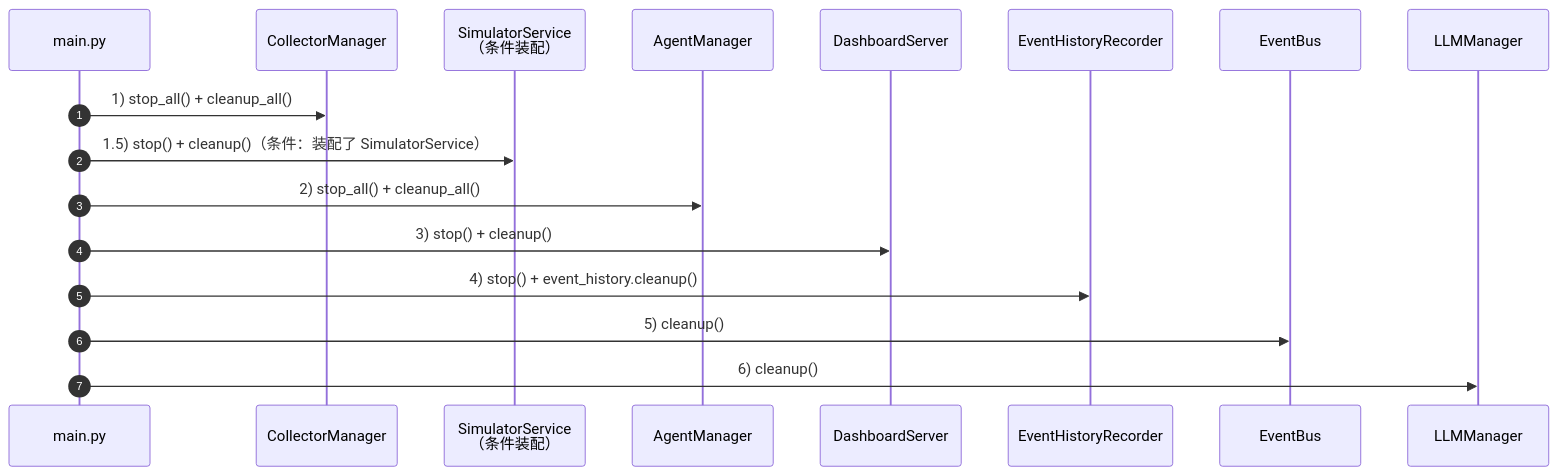
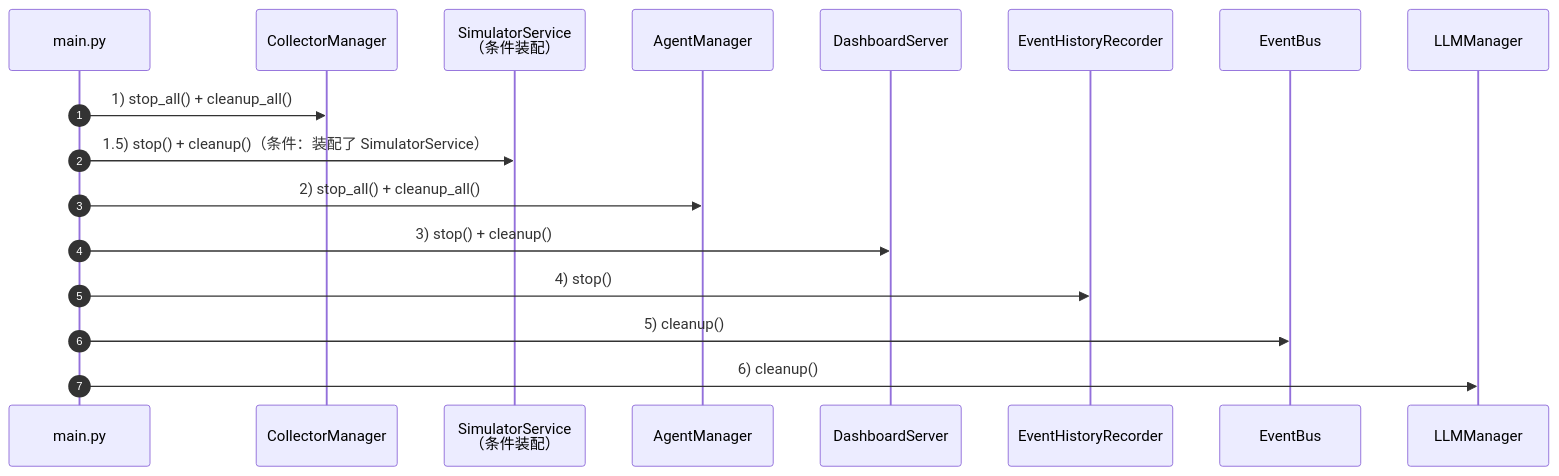
Before and after one commit to LittleSadSheep/Amaidesu: the third of 3 diagrams in docs/architecture/overview.md, drawn with Mermaid. The commit also changed 2 other files, not shown here.

Commit message:
docs(architecture): 重写事件事实表与拓扑边界
事件事实表按代码真实清单补全（25 具名 + 3 通配，含 perception.screen /
room.message.guard / partner_speech），发布者/订阅者两列即拓扑事实；
补 WS 类型规则（类型=事件名，唯一例外 room.message 折叠）；拦截器表补
session_stamp 与显式优先级；边界规则收编防环与通道选择；通配正名
AMQP topic 风格；模块结构对齐实际目录（perception/tasks/interceptors）。
data-flow.md / overview.md 同步清理订阅者排序与 event_history 残留引用。

````diff
--- a/docs/architecture/overview.md
+++ b/docs/architecture/overview.md
@@ -181,20 +181,20 @@
 ```mermaid
 sequenceDiagram
     autonumber
     participant Main as main.py
     participant Col as CollectorManager
     participant Sim as SimulatorService<br/>（条件装配）
     participant Agt as AgentManager
     participant Dash as DashboardServer
     participant Rec as EventHistoryRecorder
     participant Bus as EventBus
     participant LLM as LLMManager
 
     Main->>Col: 1) stop_all() + cleanup_all()
     Main->>Sim: 1.5) stop() + cleanup()（条件：装配了 SimulatorService）
     Main->>Agt: 2) stop_all() + cleanup_all()
     Main->>Dash: 3) stop() + cleanup()
-    Main->>Rec: 4) stop() + event_history.cleanup()
+    Main->>Rec: 4) stop()
     Main->>Bus: 5) cleanup()
     Main->>LLM: 6) cleanup()
 ```
````
